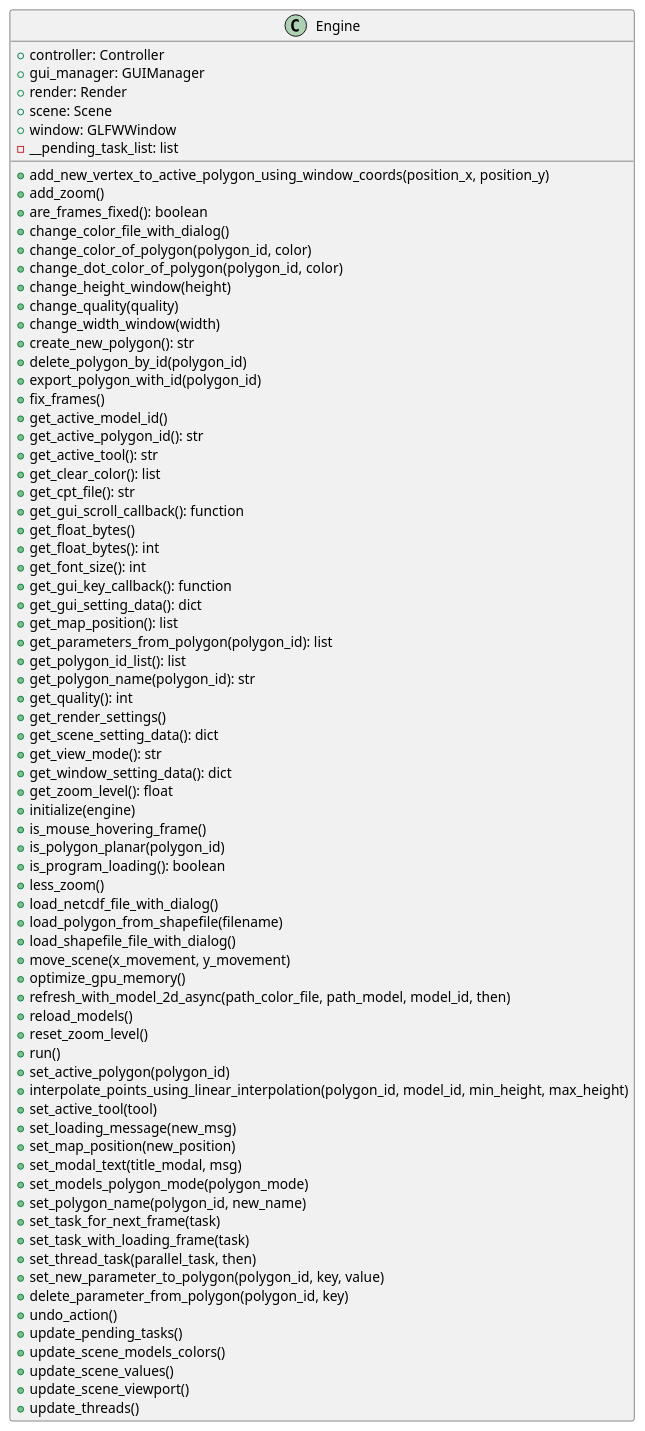
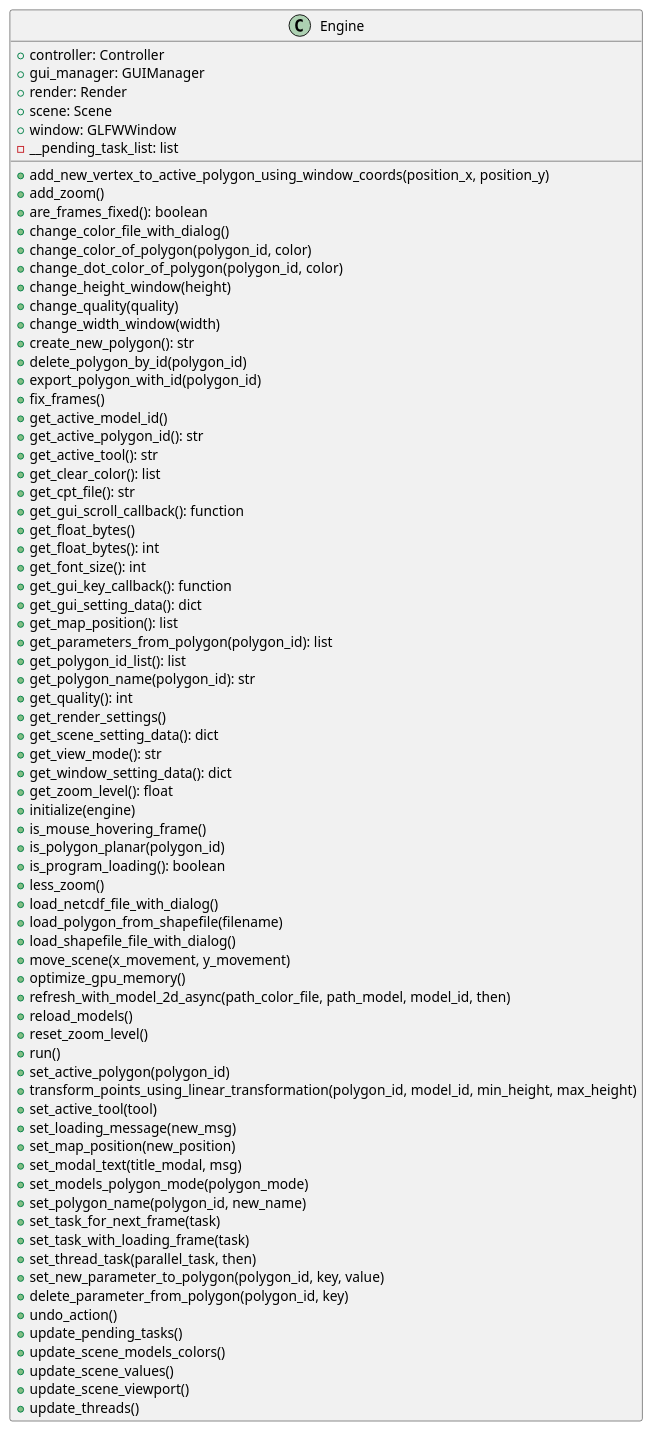
One commit to ferpoble2/Relief_Creator changed the diagram in docs/classes/Engine.puml. Above: the diagram before and after it, drawn with PlantUML. The commit also changed 5 other files, not shown here.

Commit message:
Created and sorted method for the transformation of the points.

```diff
--- a/docs/classes/Engine.puml
+++ b/docs/classes/Engine.puml
@@ -1,78 +1,78 @@
 @startuml
 class Engine {
     + controller: Controller
     + gui_manager: GUIManager
     + render: Render
     + scene: Scene
     + window: GLFWWindow
     - __pending_task_list: list
     + add_new_vertex_to_active_polygon_using_window_coords(position_x, position_y)
     + add_zoom()
     + are_frames_fixed(): boolean
     + change_color_file_with_dialog()
     + change_color_of_polygon(polygon_id, color)
     + change_dot_color_of_polygon(polygon_id,  color)
     + change_height_window(height)
     + change_quality(quality)
     + change_width_window(width)
     + create_new_polygon(): str
     + delete_polygon_by_id(polygon_id)
     + export_polygon_with_id(polygon_id)
     + fix_frames()
     + get_active_model_id()
     + get_active_polygon_id(): str
     + get_active_tool(): str
     + get_clear_color(): list
     + get_cpt_file(): str
     + get_gui_scroll_callback(): function
     + get_float_bytes()
     + get_float_bytes(): int
     + get_font_size(): int
     + get_gui_key_callback(): function
     + get_gui_setting_data(): dict
     + get_map_position(): list
     + get_parameters_from_polygon(polygon_id): list
     + get_polygon_id_list(): list
     + get_polygon_name(polygon_id): str
     + get_quality(): int
     + get_render_settings()
     + get_scene_setting_data(): dict
     + get_view_mode(): str
     + get_window_setting_data(): dict
     + get_zoom_level(): float
     + initialize(engine)
     + is_mouse_hovering_frame()
     + is_polygon_planar(polygon_id)
     + is_program_loading(): boolean
     + less_zoom()
     + load_netcdf_file_with_dialog()
     + load_polygon_from_shapefile(filename)
     + load_shapefile_file_with_dialog()
     + move_scene(x_movement, y_movement)
     + optimize_gpu_memory()
     + refresh_with_model_2d_async(path_color_file, path_model, model_id, then)
     + reload_models()
     + reset_zoom_level()
     + run()
     + set_active_polygon(polygon_id)
-    + interpolate_points_using_linear_interpolation(polygon_id, model_id, min_height, max_height)
+    + transform_points_using_linear_transformation(polygon_id, model_id, min_height, max_height)
     + set_active_tool(tool)
     + set_loading_message(new_msg)
     + set_map_position(new_position)
     + set_modal_text(title_modal, msg)
     + set_models_polygon_mode(polygon_mode)
     + set_polygon_name(polygon_id, new_name)
     + set_task_for_next_frame(task)
     + set_task_with_loading_frame(task)
     + set_thread_task(parallel_task, then)
     + set_new_parameter_to_polygon(polygon_id, key, value)
     + delete_parameter_from_polygon(polygon_id, key)
     + undo_action()
     + update_pending_tasks()
     + update_scene_models_colors()
     + update_scene_values()
     + update_scene_viewport()
     + update_threads()
 }
 
 @enduml
```
